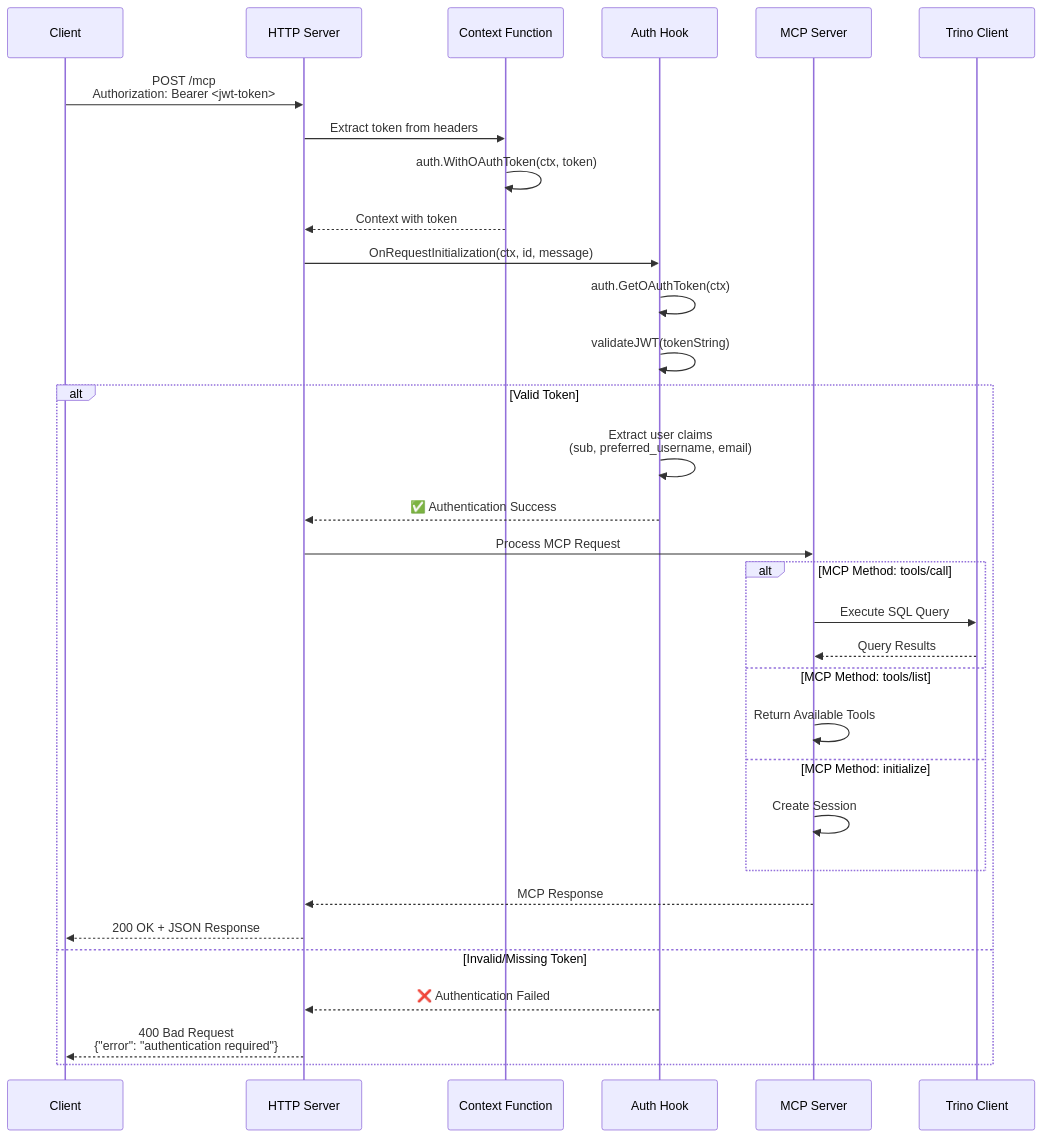
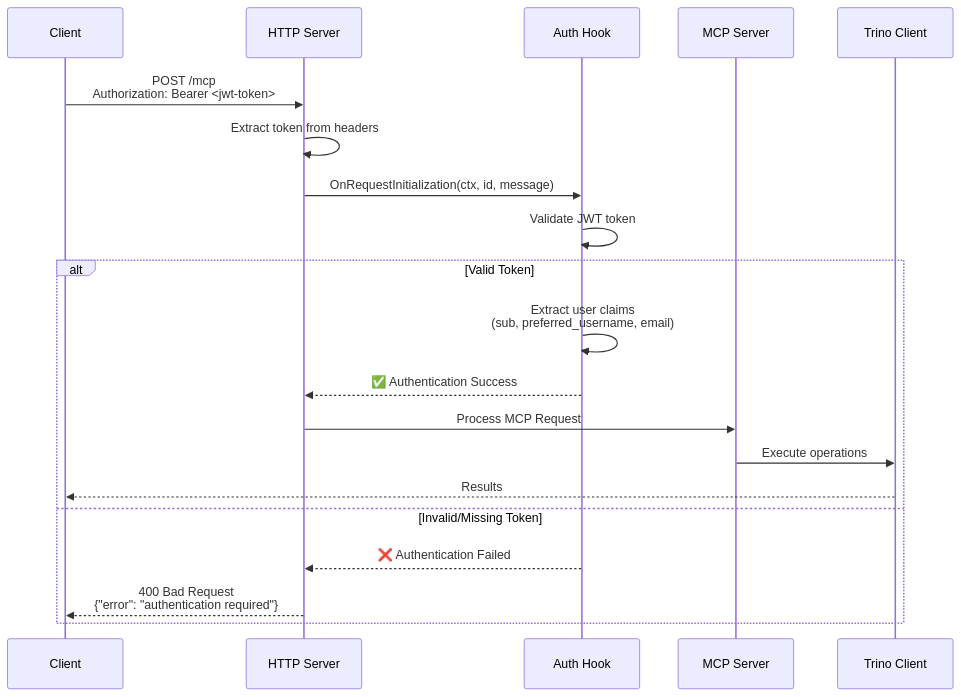
The diagram in docs/jwt.md (pygaurav/mcp-trino), drawn with Mermaid before and after one commit. The commit also changed other lines of this file and 3 other files, not shown here.

Commit message:
docs: add OAuth 2.0 architecture and configuration guide

````diff
--- a/docs/jwt.md
+++ b/docs/jwt.md
@@ -13,40 +13,24 @@
 ```mermaid
 sequenceDiagram
     participant Client
     participant HTTPServer as HTTP Server
-    participant ContextFunc as Context Function
     participant AuthHook as Auth Hook
     participant MCPServer as MCP Server
     participant TrinoClient as Trino Client
 
     Client->>HTTPServer: POST /mcp<br/>Authorization: Bearer <jwt-token>
-    HTTPServer->>ContextFunc: Extract token from headers
-    ContextFunc->>ContextFunc: auth.WithOAuthToken(ctx, token)
-    ContextFunc-->>HTTPServer: Context with token
-    
+    HTTPServer->>HTTPServer: Extract token from headers
     HTTPServer->>AuthHook: OnRequestInitialization(ctx, id, message)
-    AuthHook->>AuthHook: auth.GetOAuthToken(ctx)
-    AuthHook->>AuthHook: validateJWT(tokenString)
+    AuthHook->>AuthHook: Validate JWT token
     
     alt Valid Token
         AuthHook->>AuthHook: Extract user claims<br/>(sub, preferred_username, email)
         AuthHook-->>HTTPServer: ✅ Authentication Success
         HTTPServer->>MCPServer: Process MCP Request
-        
-        alt MCP Method: tools/call
-            MCPServer->>TrinoClient: Execute SQL Query
-            TrinoClient-->>MCPServer: Query Results
-        else MCP Method: tools/list
-            MCPServer->>MCPServer: Return Available Tools
-        else MCP Method: initialize
-            MCPServer->>MCPServer: Create Session
-        end
-        
-        MCPServer-->>HTTPServer: MCP Response
-        HTTPServer-->>Client: 200 OK + JSON Response
-        
+        MCPServer->>TrinoClient: Execute operations
+        TrinoClient-->>Client: Results
     else Invalid/Missing Token
         AuthHook-->>HTTPServer: ❌ Authentication Failed
         HTTPServer-->>Client: 400 Bad Request<br/>{"error": "authentication required"}
     end
 ```
````
